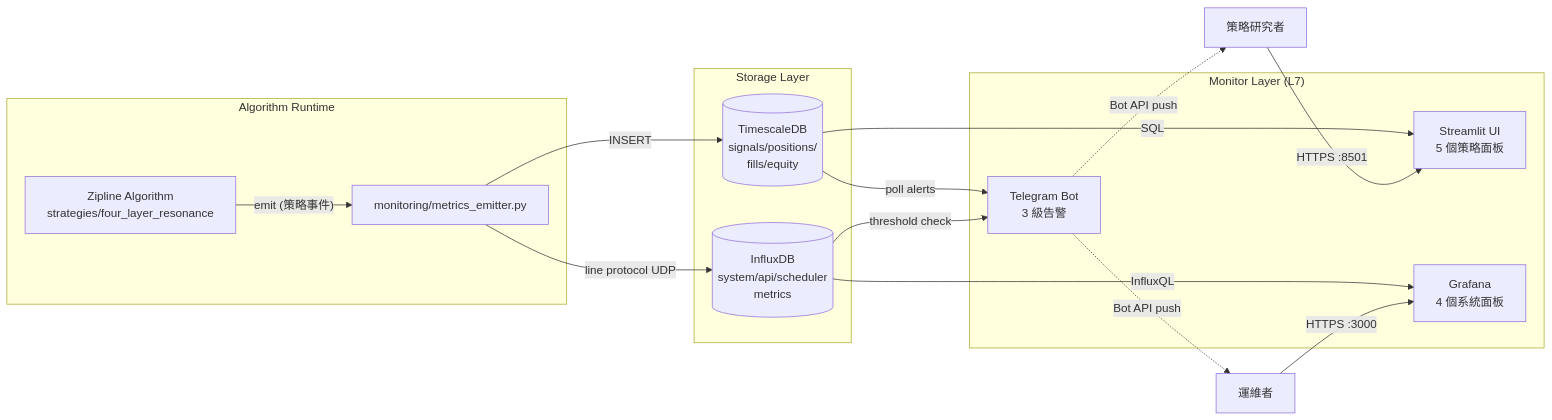
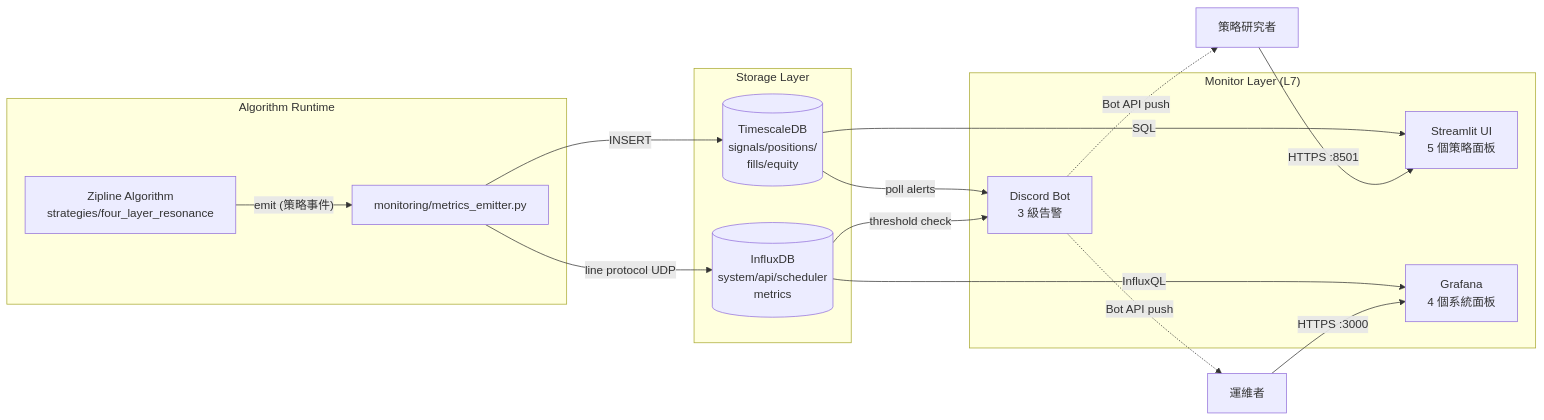
One commit to Zenobia000/Quantitative_Trading changed the first of 2 diagrams in dev_docs/20_dashboard_specification.md. Above: the diagram before and after it, drawn with Mermaid. The commit also changed other lines of this file and 12 other files, not shown here.

First line of the commit message:
docs: sweep Telegram → Discord across 13 docs (ADR-010 落地)

````diff
--- a/dev_docs/20_dashboard_specification.md
+++ b/dev_docs/20_dashboard_specification.md
@@ -41,35 +41,35 @@
 ```mermaid
 flowchart LR
     subgraph engine["Algorithm Runtime"]
         algo["Zipline Algorithm<br/>strategies/four_layer_resonance"]
         emit["monitoring/metrics_emitter.py"]
     end
 
     subgraph storage["Storage Layer"]
         tsdb[("TimescaleDB<br/>signals/positions/<br/>fills/equity")]
         influx[("InfluxDB<br/>system/api/scheduler<br/>metrics")]
     end
 
     subgraph monitor["Monitor Layer (L7)"]
         st["Streamlit UI<br/>5 個策略面板"]
         gf["Grafana<br/>4 個系統面板"]
-        tg["Telegram Bot<br/>3 級告警"]
+        tg["Discord Bot<br/>3 級告警"]
     end
 
     user1["策略研究者"]
     user2["運維者"]
 
     algo -->|"emit (策略事件)"| emit
     emit -->|"INSERT"| tsdb
     emit -->|"line protocol UDP"| influx
 
     tsdb -->|"SQL"| st
     tsdb -->|"poll alerts"| tg
     influx -->|"InfluxQL"| gf
     influx -->|"threshold check"| tg
 
     user1 -->|"HTTPS :8501"| st
     user2 -->|"HTTPS :3000"| gf
     tg -.->|"Bot API push"| user1
     tg -.->|"Bot API push"| user2
 ```
````
